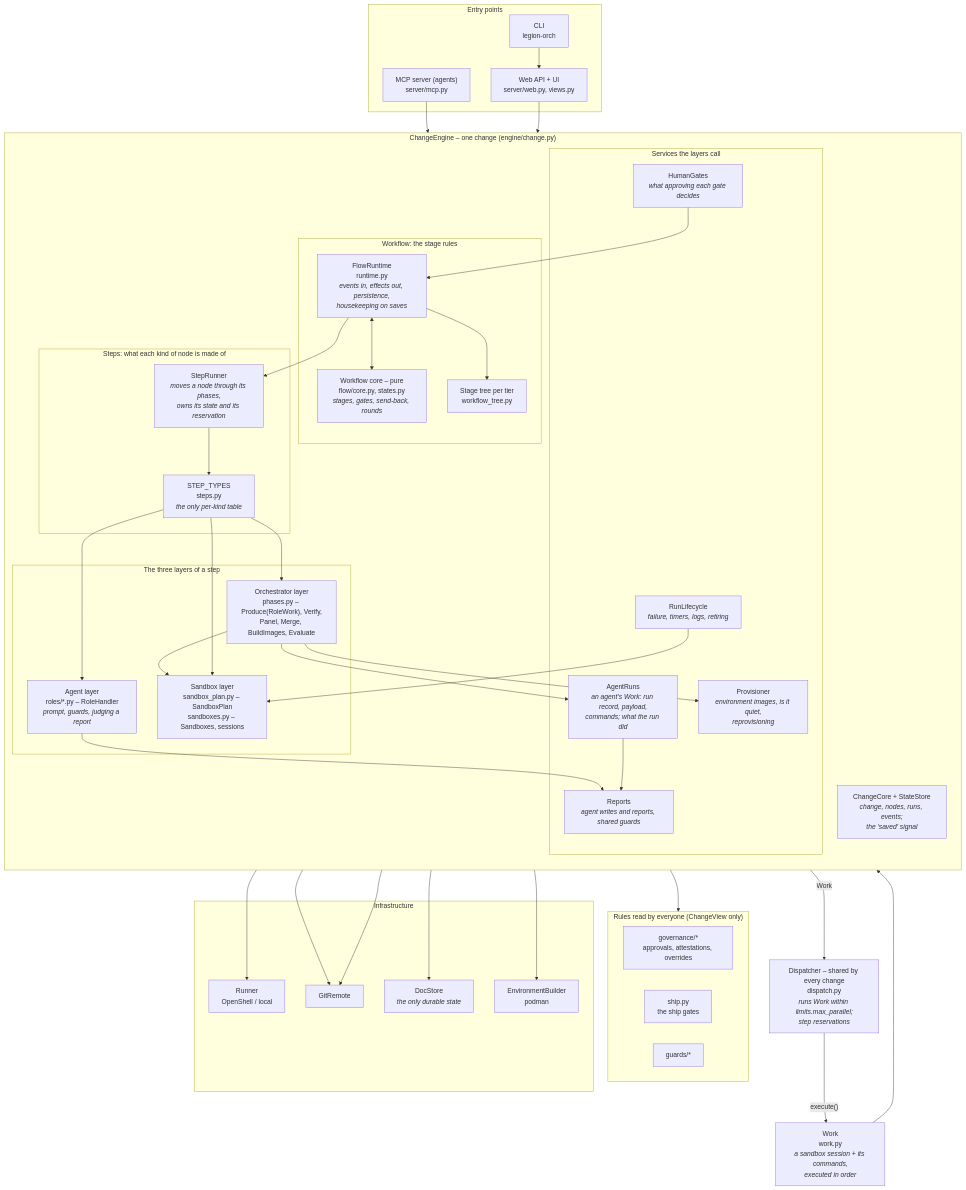
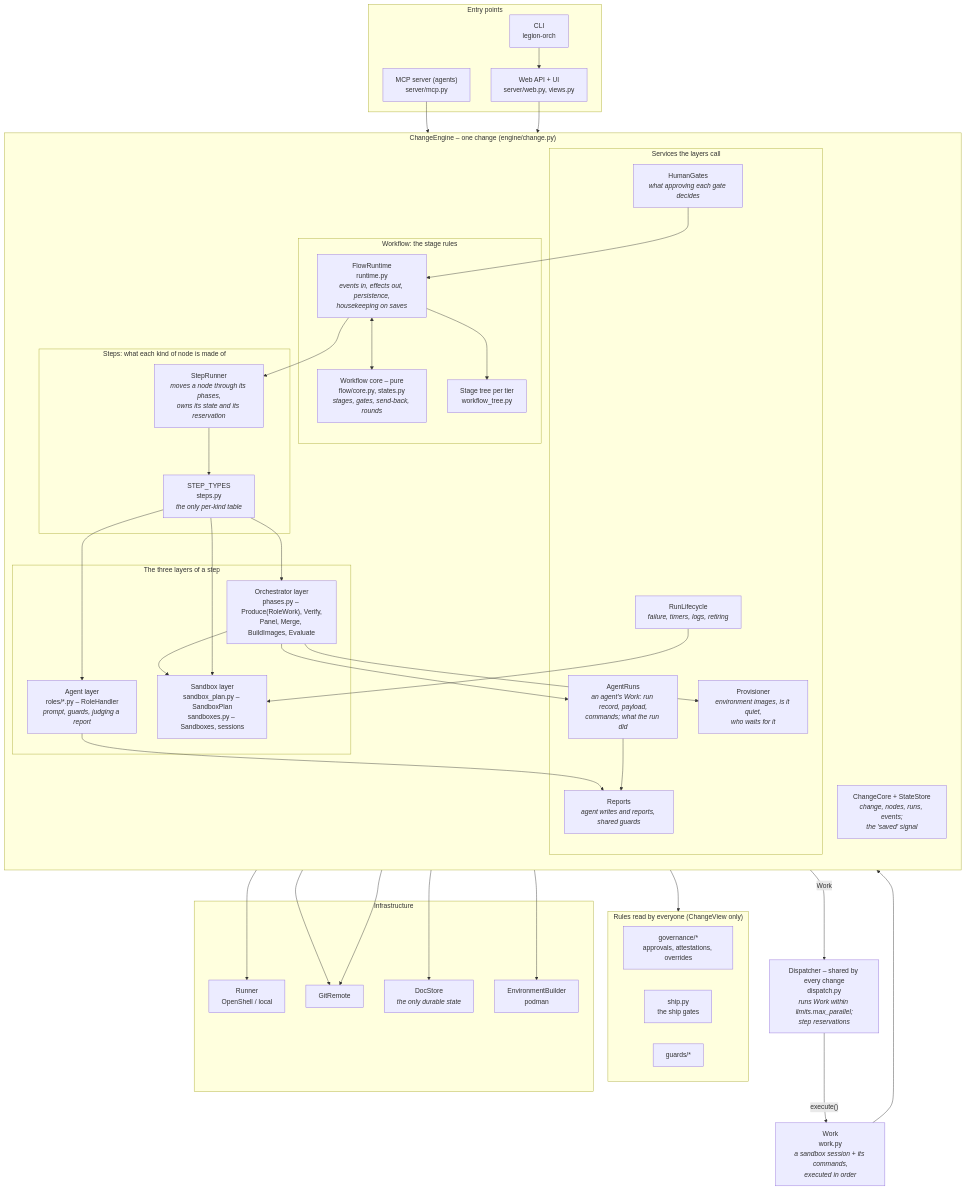
One commit to mr-miles/orchestrator changed the first of 6 diagrams in docs/architecture.md. Above: the diagram before and after it, drawn with Mermaid. The commit also changed other lines of this file and 17 other files, not shown here.

````diff
--- a/docs/architecture.md
+++ b/docs/architecture.md
@@ -13,72 +13,72 @@
 ```mermaid
 flowchart TB
     subgraph entry["Entry points"]
         web["Web API + UI<br/>server/web.py, views.py"]
         mcp["MCP server (agents)<br/>server/mcp.py"]
         cli["CLI<br/>legion-orch"]
     end
 
     subgraph engine["ChangeEngine – one change (engine/change.py)"]
         direction TB
         subgraph wf["Workflow: the stage rules"]
             core["Workflow core – pure<br/>flow/core.py, states.py<br/><i>stages, gates, send-back, rounds</i>"]
             tree["Stage tree per tier<br/>workflow_tree.py"]
             rt["FlowRuntime<br/>runtime.py<br/><i>events in, effects out, persistence,<br/>housekeeping on saves</i>"]
         end
         subgraph steps["Steps: what each kind of node is made of"]
             runner["StepRunner<br/><i>moves a node through its phases,<br/>owns its state and its reservation</i>"]
             types["STEP_TYPES<br/>steps.py<br/><i>the only per-kind table</i>"]
         end
         subgraph layers["The three layers of a step"]
             agent["Agent layer<br/>roles/*.py – RoleHandler<br/><i>prompt, guards, judging a report</i>"]
             phases["Orchestrator layer<br/>phases.py – Produce(RoleWork), Verify,<br/>Panel, Merge, BuildImages, Evaluate"]
             sbx["Sandbox layer<br/>sandbox_plan.py – SandboxPlan<br/>sandboxes.py – Sandboxes, sessions"]
         end
         subgraph svc["Services the layers call"]
             agents["AgentRuns<br/><i>an agent's Work: run record, payload,<br/>commands; what the run did</i>"]
             reports["Reports<br/><i>agent writes and reports, shared guards</i>"]
-            prov["Provisioner<br/><i>environment images, is it quiet,<br/>reprovisioning</i>"]
+            prov["Provisioner<br/><i>environment images, is it quiet,<br/>who waits for it</i>"]
             life["RunLifecycle<br/><i>failure, timers, logs, retiring</i>"]
             gates["HumanGates<br/><i>what approving each gate decides</i>"]
         end
         state["ChangeCore + StateStore<br/><i>change, nodes, runs, events;<br/>the 'saved' signal</i>"]
     end
 
     disp["Dispatcher – shared by every change<br/>dispatch.py<br/><i>runs Work within limits.max_parallel;<br/>step reservations</i>"]
     work["Work<br/>work.py<br/><i>a sandbox session + its commands,<br/>executed in order</i>"]
 
     subgraph gov["Rules read by everyone (ChangeView only)"]
         governance["governance/*<br/>approvals, attestations, overrides"]
         ship["ship.py<br/>the ship gates"]
         guards["guards/*"]
     end
 
     subgraph infra["Infrastructure"]
         runnerx["Runner<br/>OpenShell / local"]
         git["GitRemote"]
         store["DocStore<br/><i>the only durable state</i>"]
         builder["EnvironmentBuilder<br/>podman"]
     end
 
     web --> engine
     cli --> web
     mcp --> reports
     rt <--> core
     rt --> tree
     rt --> runner
     gates --> rt
     runner --> types
     types --> agent & phases & sbx
     phases --> agents & prov & sbx
     phases -- "Work" --> disp
     disp -- "execute()" --> work
     work --> sbx
     agents --> reports
     agent --> reports
     life --> sbx
     engine --> gov
     sbx --> runnerx
     phases & gates --> git
     state --> store
     prov --> builder
 ```
````
